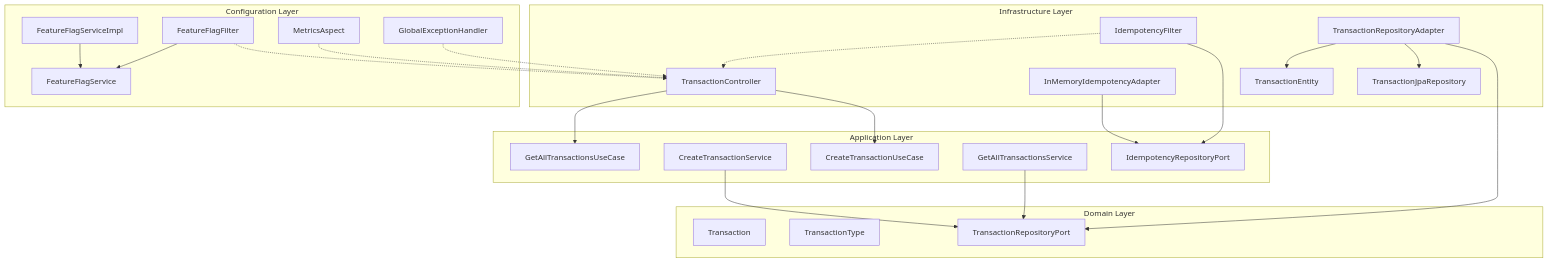
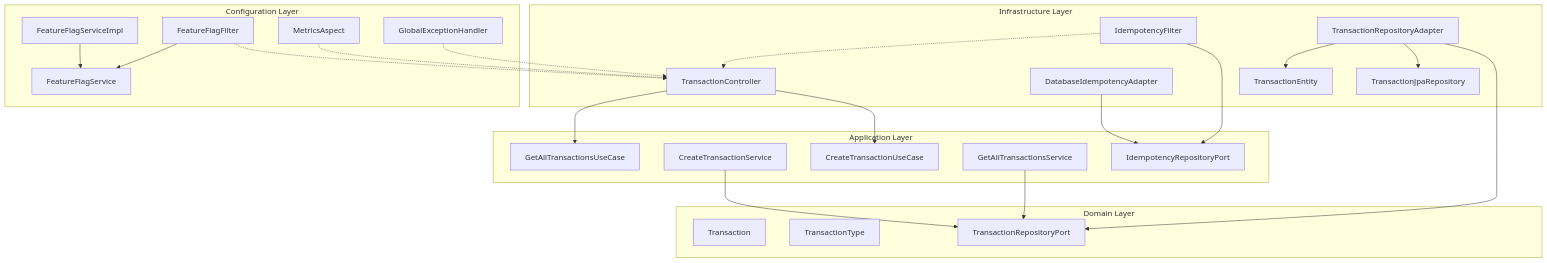
One commit to noyqdave/accounting-ledger-service changed the diagram in docs/diagrams/logical-view.mmd. Above: the diagram before and after it, drawn with Mermaid. The commit also changed 4 other files, not shown here.

First line of the commit message:
Update documentation and diagrams: Remove InMemoryIdempotencyAdapter, update feature flags

```diff
--- a/docs/diagrams/logical-view.mmd
+++ b/docs/diagrams/logical-view.mmd
@@ -1,50 +1,50 @@
 graph TB
     subgraph "Domain Layer"
         T[Transaction]
         TT[TransactionType]
         TRP[TransactionRepositoryPort]
     end
     
     subgraph "Application Layer"
         CTU[CreateTransactionUseCase]
         CTS[CreateTransactionService]
         GTU[GetAllTransactionsUseCase]
         GTS[GetAllTransactionsService]
         IRP[IdempotencyRepositoryPort]
     end
     
     subgraph "Infrastructure Layer"
         TC[TransactionController]
         IF[IdempotencyFilter]
         TRA[TransactionRepositoryAdapter]
-        IMA[InMemoryIdempotencyAdapter]
+        DIA[DatabaseIdempotencyAdapter]
         TE[TransactionEntity]
         TJR[TransactionJpaRepository]
     end
     
     subgraph "Configuration Layer"
         FFS[FeatureFlagService]
         FFSI[FeatureFlagServiceImpl]
         FFF[FeatureFlagFilter]
         MA[MetricsAspect]
         GEH[GlobalExceptionHandler]
     end
     
     %% Dependencies
     CTS --> TRP
     GTS --> TRP
     TC --> CTU
     TC --> GTU
     TRA --> TRP
     TRA --> TJR
     TRA --> TE
-    IMA --> IRP
+    DIA --> IRP
     
     %% Cross-cutting concerns
     FFF -.-> TC
     FFF --> FFS
     FFSI --> FFS
     IF --> IRP
     IF -.-> TC
     MA -.-> TC
     GEH -.-> TC
```
